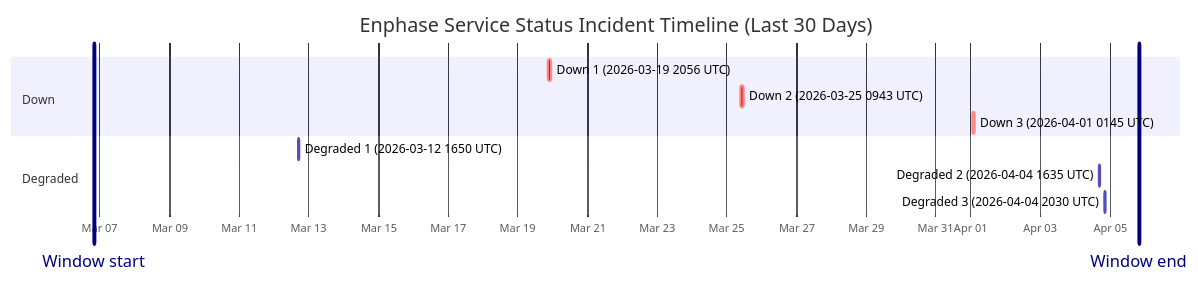
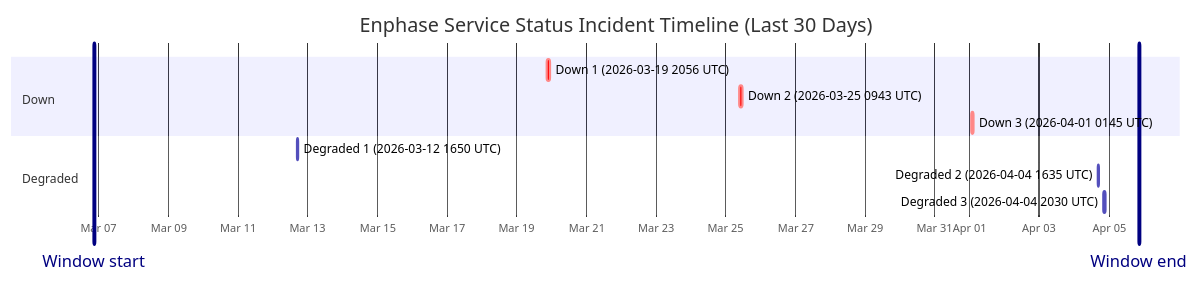
One commit to barneyonline/ha-enphase-ev-charger changed the diagram in wiki/Service-Status-History.md. Above: the diagram before and after it, drawn with Mermaid. The commit also changed other lines of this file and 3 other files, not shown here.

````diff
--- a/wiki/Service-Status-History.md
+++ b/wiki/Service-Status-History.md
@@ -14,16 +14,16 @@
 ```mermaid
 gantt
     title Enphase Service Status Incident Timeline (Last 30 Days)
     dateFormat  YYYY-MM-DDTHH:mm:ss
     axisFormat  %b %d
-    Window start :vert, window-start, 2026-03-06T19:56:05, 0ms
-    Window end :vert, window-end, 2026-04-05T19:56:05, 0ms
+    Window start :vert, window-start, 2026-03-06T20:35:52, 0ms
+    Window end :vert, window-end, 2026-04-05T20:35:52, 0ms
     section Down
     Down 1 (2026-03-19 2056 UTC) :crit, down-1, 2026-03-19T20:56:20, 145m
     Down 2 (2026-03-25 0943 UTC) :crit, down-2, 2026-03-25T09:43:28, 111m
     Down 3 (2026-04-01 0145 UTC) :crit, down-3, 2026-04-01T01:45:09, 60m
     section Degraded
     Degraded 1 (2026-03-12 1650 UTC) :active, degraded-1, 2026-03-12T16:50:43, 60m
     Degraded 2 (2026-04-04 1635 UTC) :active, degraded-2, 2026-04-04T16:35:17, 60m
     Degraded 3 (2026-04-04 2030 UTC) :active, degraded-3, 2026-04-04T20:30:40, 60m
 ```
````
